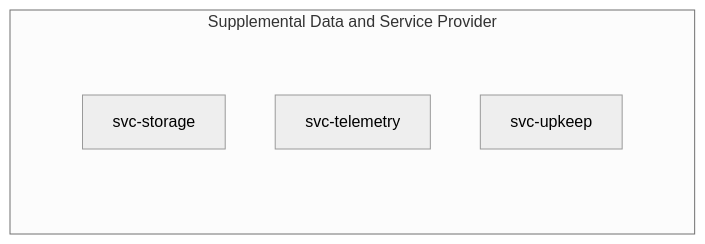
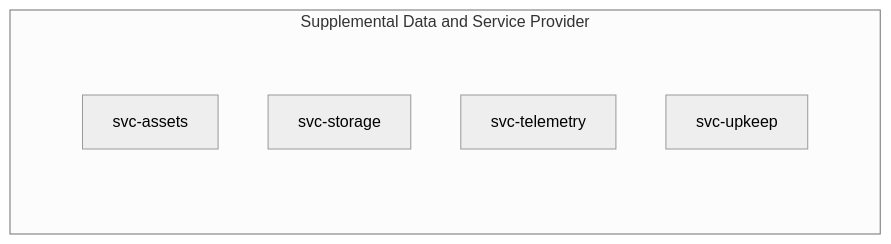
Before and after one commit to aetheric-oss/se-services: the second of 6 diagrams in docs/conops.md, drawn with Mermaid (neutral theme). The commit also changed other lines of this file and 4 other files, not shown here.

````diff
--- a/docs/conops.md
+++ b/docs/conops.md
@@ -55,16 +90,15 @@
 ```mermaid
 graph TB
 classDef subgraph_padding fill:none,stroke:none
 
 subgraph Supplemental Data and Service Provider
     subgraph p [ ]
-
-	stor[svc-storage]
-	tlm[svc-telemetry]
-	upk[svc-upkeep]
-
+    assets[svc-assets]
+    stor[svc-storage]
+    tlm[svc-telemetry]
+    upk[svc-upkeep]
     end
 end
 
 class p subgraph_padding
 ```
````
